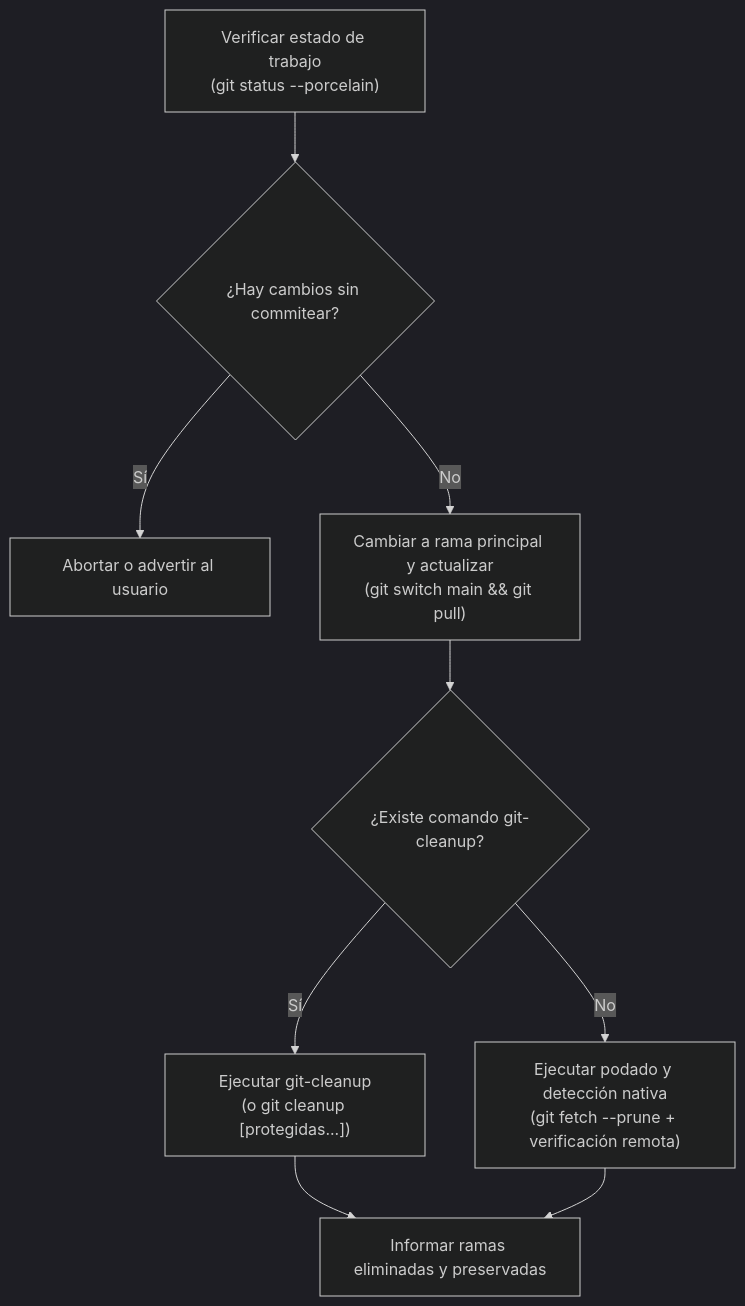
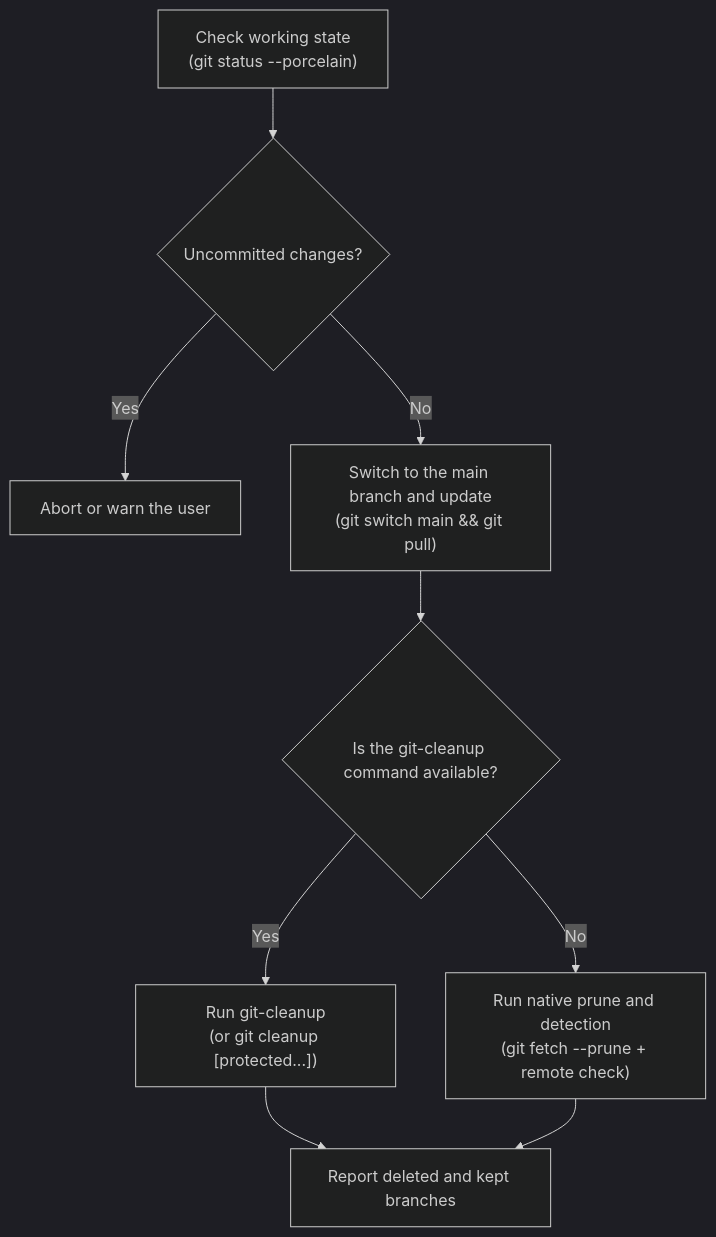
One commit to bryanus1/agent-skills changed the diagram in skills/git/git-cleanup/SKILL.md. Above: the diagram before and after it, drawn with Mermaid (dark theme). The commit also changed other lines of this file and 17 other files, not shown here.

First line of the commit message:
docs(git): translate gh-cli, git-cleanup and pr-plain-review to English (#28)

````diff
--- a/skills/git/git-cleanup/SKILL.md
+++ b/skills/git/git-cleanup/SKILL.md
@@ -34,11 +36,11 @@
 ```mermaid
 flowchart TD
-    A["Verificar estado de trabajo\n(git status --porcelain)"] --> B{"¿Hay cambios sin commitear?"}
-    B -- "Sí" --> C["Abortar o advertir al usuario"]
-    B -- "No" --> D["Cambiar a rama principal y actualizar\n(git switch main && git pull)"]
-    D --> E{"¿Existe comando git-cleanup?"}
-    E -- "Sí" --> F["Ejecutar git-cleanup\n(o git cleanup [protegidas...])"]
-    E -- "No" --> G["Ejecutar podado y detección nativa\n(git fetch --prune + verificación remota)"]
-    F --> H["Informar ramas eliminadas y preservadas"]
+    A["Check working state\n(git status --porcelain)"] --> B{"Uncommitted changes?"}
+    B -- "Yes" --> C["Abort or warn the user"]
+    B -- "No" --> D["Switch to the main branch and update\n(git switch main && git pull)"]
+    D --> E{"Is the git-cleanup command available?"}
+    E -- "Yes" --> F["Run git-cleanup\n(or git cleanup [protected...])"]
+    E -- "No" --> G["Run native prune and detection\n(git fetch --prune + remote check)"]
+    F --> H["Report deleted and kept branches"]
     G --> H
 ```
````
